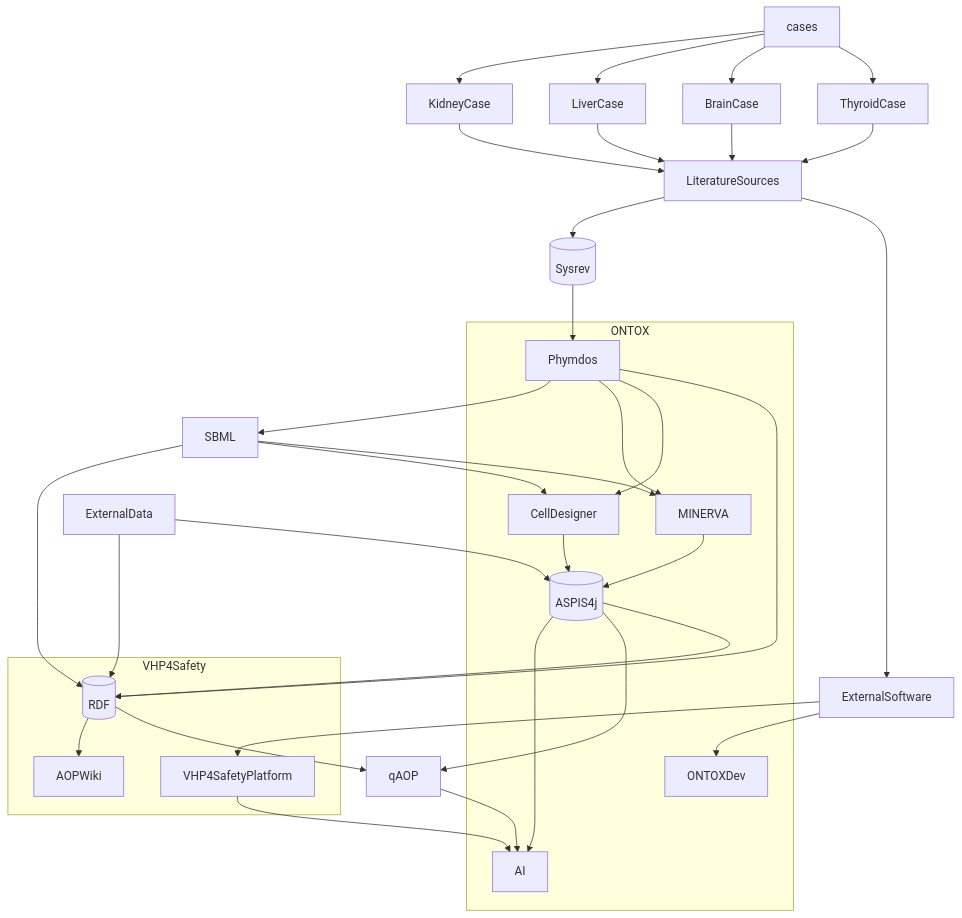
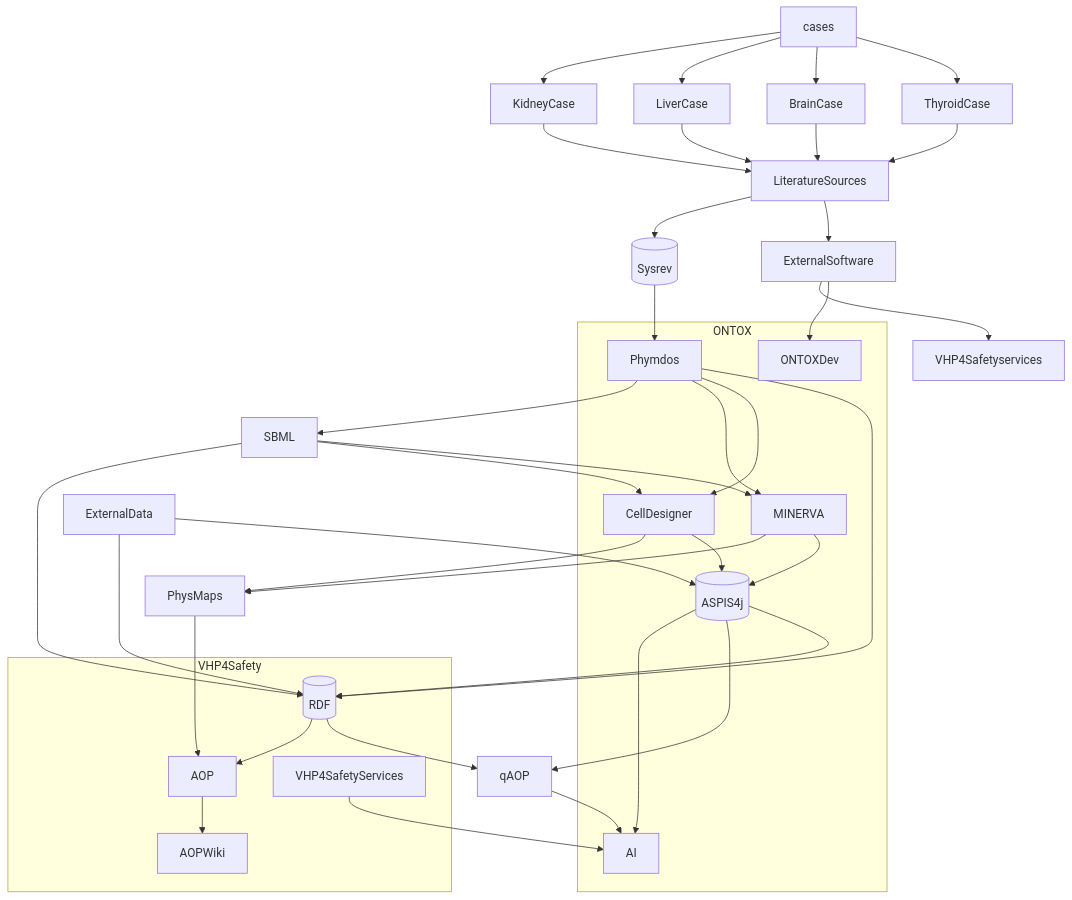
The diagram in ONTOX-vs-VHP4Safety.md (ontox-hu/workflows), drawn with Mermaid before and after one commit.

````diff
--- a/ONTOX-vs-VHP4Safety.md
+++ b/ONTOX-vs-VHP4Safety.md
@@ -1,53 +1,58 @@
 ```mermaid
 flowchart TB
 
     cases-->KidneyCase
     cases-->LiverCase
     cases-->BrainCase
     cases-->ThyroidCase
      
     KidneyCase-->LiteratureSources
     LiverCase-->LiteratureSources
     BrainCase-->LiteratureSources
     ThyroidCase-->LiteratureSources
     LiteratureSources-->Sysrev[(Sysrev)]
      
     
     Sysrev[(Sysrev)]-->Phymdos
     Phymdos-->SBML
     SBML-->CellDesigner
     SBML-->MINERVA
     SBML-->RDF[(RDF)]
     
+    CellDesigner-->PhysMaps
+    MINERVA-->PhysMaps
+    
+    PhysMaps-->AOP
+    
     subgraph ONTOX
     ONTOXDev
     Phymdos-->MINERVA
     Phymdos-->CellDesigner
     
     CellDesigner-->ASPIS4j[(ASPIS4j)]
     MINERVA-->ASPIS4j[(ASPIS4j)]
     ASPIS4j[(ASPIS4j)]-->AI
     
     end
     
     
     subgraph VHP4Safety
     Phymdos-->RDF[(RDF)]
-    RDF[(RDF)]-->AOPWiki
-    
-    VHP4SafetyPlatform
-    VHP4SafetyPlatform-->AI
+    RDF[(RDF)]-->AOP
+    AOP-->AOPWiki
+    VHP4SafetyServices
+    VHP4SafetyServices-->AI
     end
     
     LiteratureSources-->ExternalSoftware
-    ExternalSoftware-->VHP4SafetyPlatform
+    ExternalSoftware-->VHP4Safetyservices
     ExternalSoftware-->ONTOXDev
     ExternalData-->ASPIS4j[(ASPIS4j)]
     RDF[(RDF)]-->qAOP
     ASPIS4j[(ASPIS4j)]-->qAOP
     ASPIS4j[(ASPIS4j)]-->RDF[(RDF)]
     ExternalData-->RDF[(RDF)]
     qAOP-->AI
     
     
 ```
````
